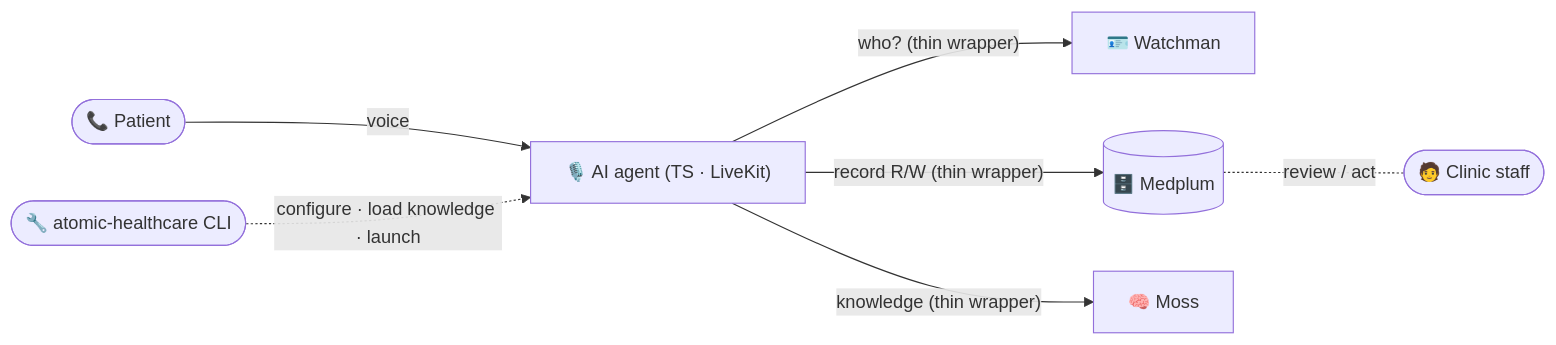
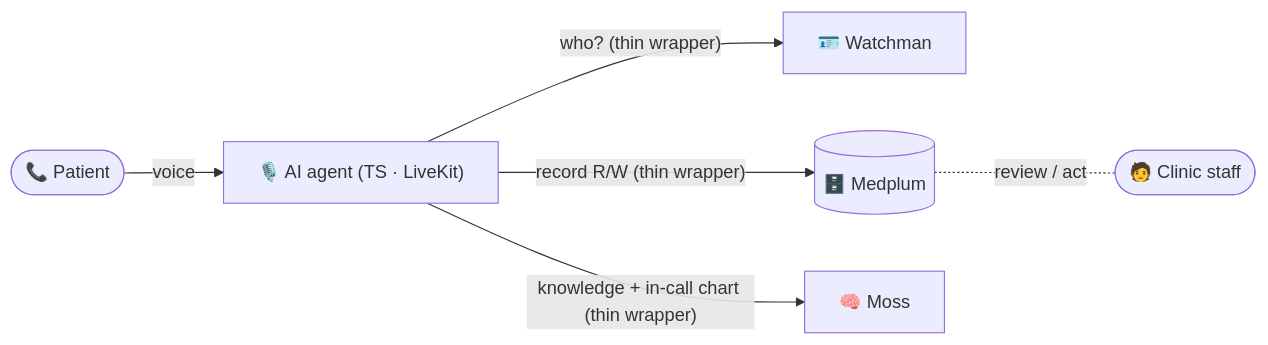
One commit to alvera-ai/atomic-healthcare changed the first of 4 diagrams in README.md. Above: the diagram before and after it, drawn with Mermaid. The commit also changed other lines of this file and 2 other files, not shown here.

First line of the commit message:
docs: recalibrate architecture to TypeScript in-process wrappers

````diff
--- a/README.md
+++ b/README.md
@@ -7,9 +7,8 @@
 ```mermaid
 flowchart LR
   Caller(["📞 Patient"]) -- voice --> Agent["🎙️ AI agent (TS · LiveKit)"]
   Agent -- "who? (thin wrapper)" --> WM["🪪 Watchman"]
   Agent -- "record R/W (thin wrapper)" --> Med[("🗄️ Medplum")]
-  Agent -- "knowledge (thin wrapper)" --> Moss["🧠 Moss"]
-  CLI(["🔧 atomic-healthcare CLI"]) -. configure · load knowledge · launch .-> Agent
+  Agent -- "knowledge + in-call chart (thin wrapper)" --> Moss["🧠 Moss"]
   Med -. review / act .- Staff(["🧑 Clinic staff"])
 ```
````
